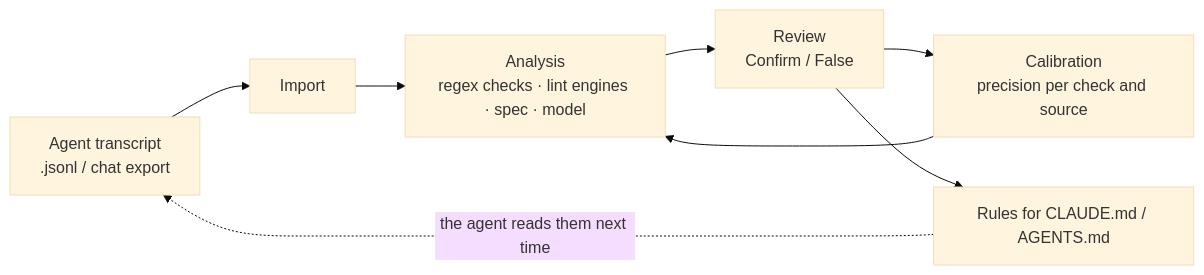
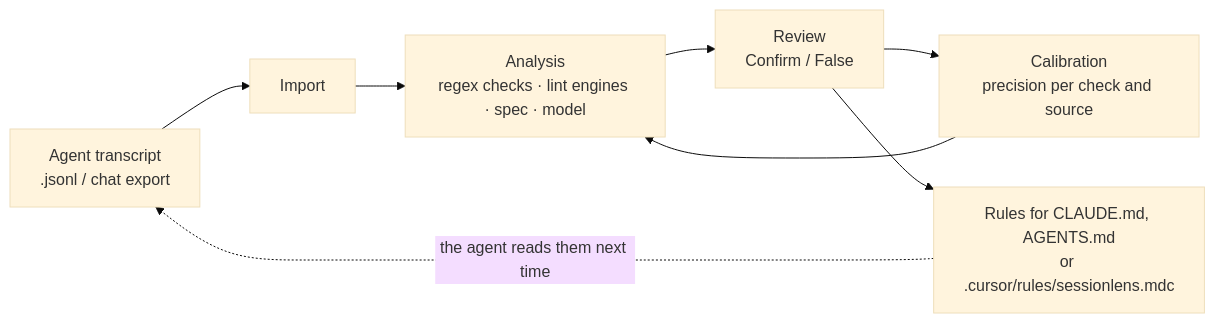
One commit to nikolaylosev/sessionlens-vscode changed the first of 13 diagrams in docs/ARCHITECTURE.md. Above: the diagram before and after it, drawn with Mermaid (base theme). The commit also changed other lines of this file and 1 other file, not shown here.

First line of the commit message:
docs: record the 0.1.122 Cursor import in ARCHITECTURE

````diff
--- a/docs/ARCHITECTURE.md
+++ b/docs/ARCHITECTURE.md
@@ -38,10 +39,10 @@
 ```mermaid
 flowchart LR
   T[Agent transcript<br/>.jsonl / chat export] --> I[Import]
   I --> A[Analysis<br/>regex checks · lint engines · spec · model]
   A --> R[Review<br/>Confirm / False]
   R --> C[Calibration<br/>precision per check and source]
   C --> A
-  R --> M[Rules for CLAUDE.md / AGENTS.md]
+  R --> M[Rules for CLAUDE.md, AGENTS.md<br/>or .cursor/rules/sessionlens.mdc]
   M -. the agent reads them next time .-> T
 ```
````
